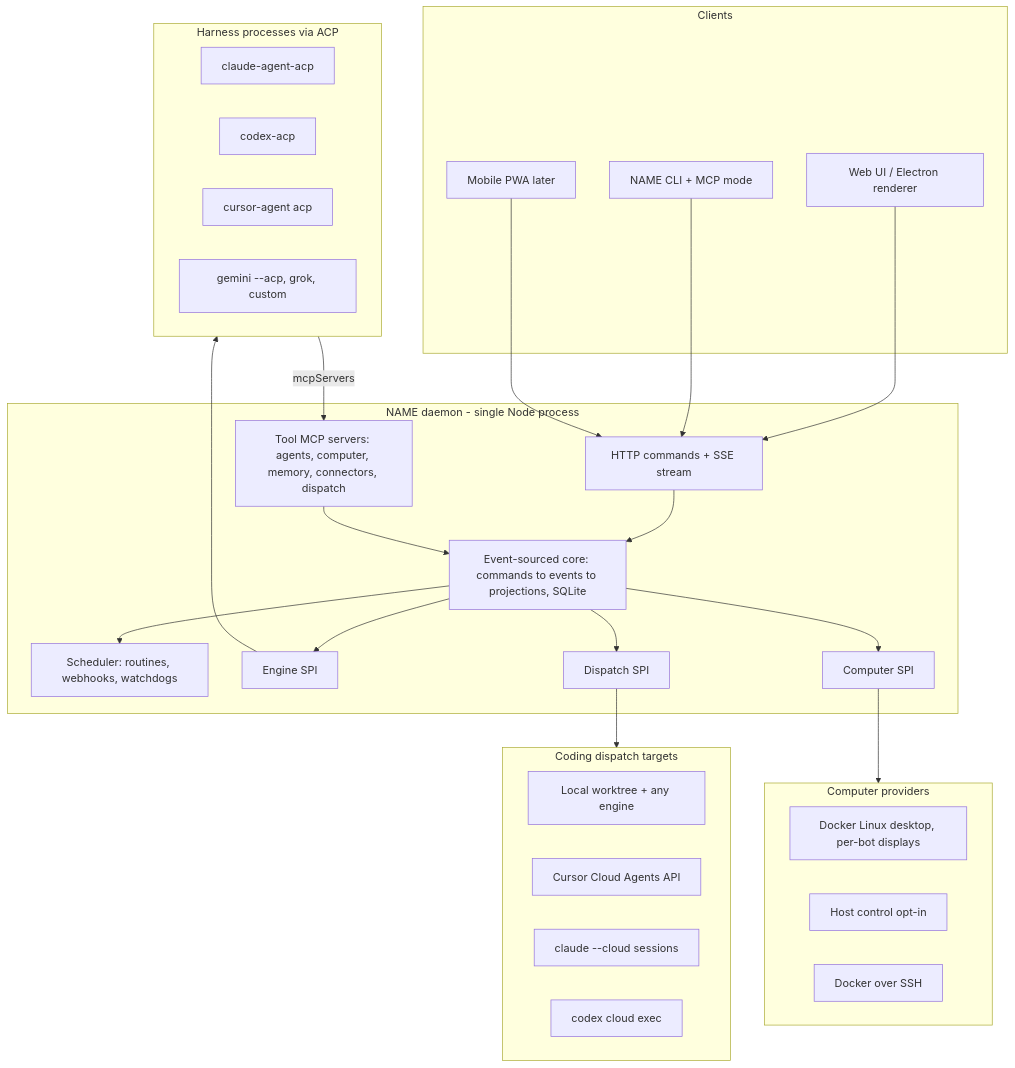
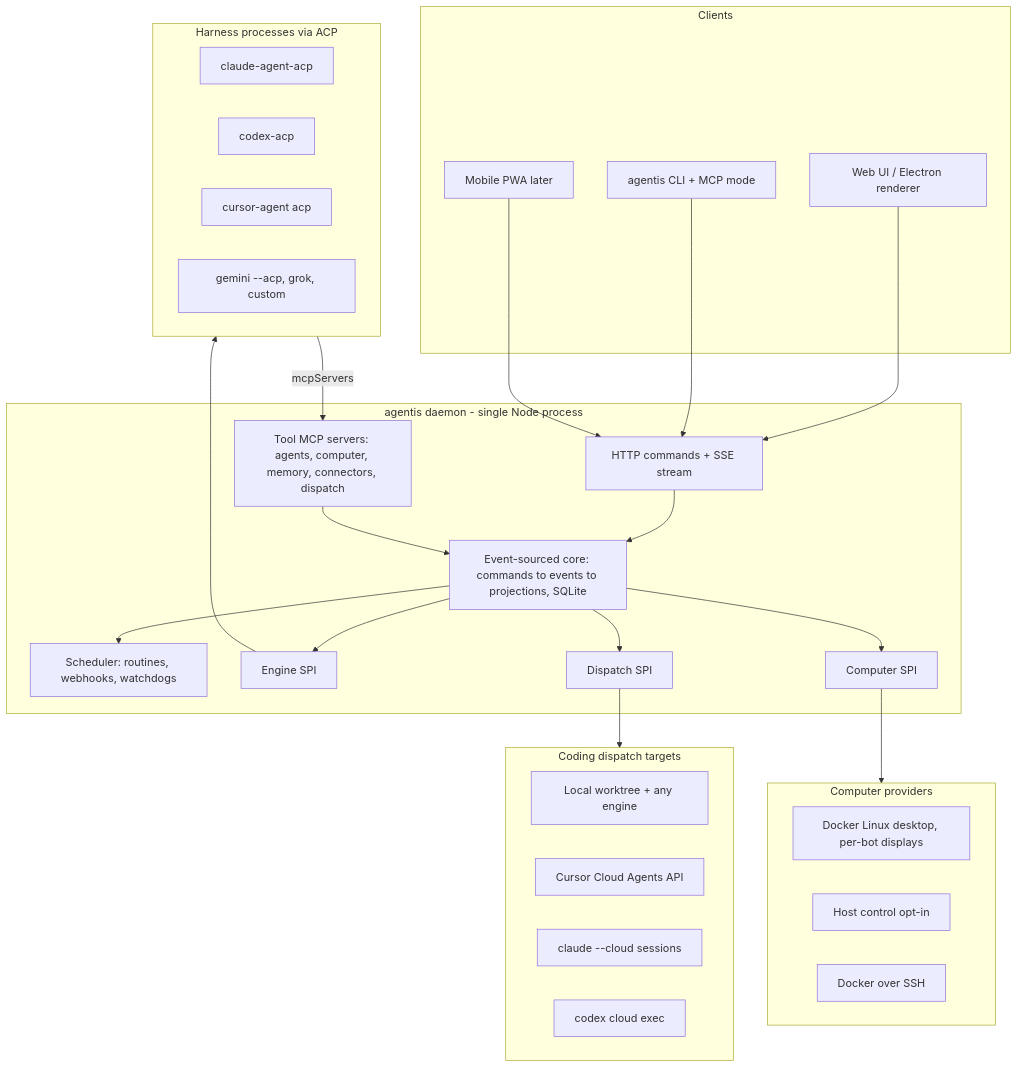
One commit to gannonh/agentis changed the first of 2 diagrams in project-plan.md. Above: the diagram before and after it, drawn with Mermaid. The commit also changed other lines of this file, not shown here.

Commit message:
docs(plan): adopt Agentis name, record repo reset, add prior-Agentis references

````diff
--- a/project-plan.md
+++ b/project-plan.md
@@ -59,47 +60,47 @@
 ```mermaid
 flowchart TB
   subgraph clients [Clients]
     Web[Web UI / Electron renderer]
-    Cli[NAME CLI + MCP mode]
+    Cli[agentis CLI + MCP mode]
     Mobile[Mobile PWA later]
   end
-  subgraph daemon [NAME daemon - single Node process]
+  subgraph daemon [agentis daemon - single Node process]
     Api[HTTP commands + SSE stream]
     Core[Event-sourced core: commands to events to projections, SQLite]
     Sched[Scheduler: routines, webhooks, watchdogs]
     EngineSPI[Engine SPI]
     DispatchSPI[Dispatch SPI]
     ComputerSPI[Computer SPI]
     Tools[Tool MCP servers: agents, computer, memory, connectors, dispatch]
   end
   subgraph harnesses [Harness processes via ACP]
     ClaudeAcp[claude-agent-acp]
     CodexAcp[codex-acp]
     CursorAcp[cursor-agent acp]
     OtherAcp[gemini --acp, grok, custom]
   end
   subgraph dispatch [Coding dispatch targets]
     LocalWT[Local worktree + any engine]
     CursorCloud[Cursor Cloud Agents API]
     ClaudeCloud[claude --cloud sessions]
     CodexCloud[codex cloud exec]
   end
   subgraph computers [Computer providers]
     Docker[Docker Linux desktop, per-bot displays]
     Host[Host control opt-in]
     Remote[Docker over SSH]
   end
   Web --> Api
   Cli --> Api
   Mobile --> Api
   Api --> Core
   Core --> Sched
   Core --> EngineSPI
   Core --> DispatchSPI
   Core --> ComputerSPI
   EngineSPI --> harnesses
   harnesses -->|mcpServers| Tools
   Tools --> Core
   DispatchSPI --> dispatch
   ComputerSPI --> computers
 ```
````
